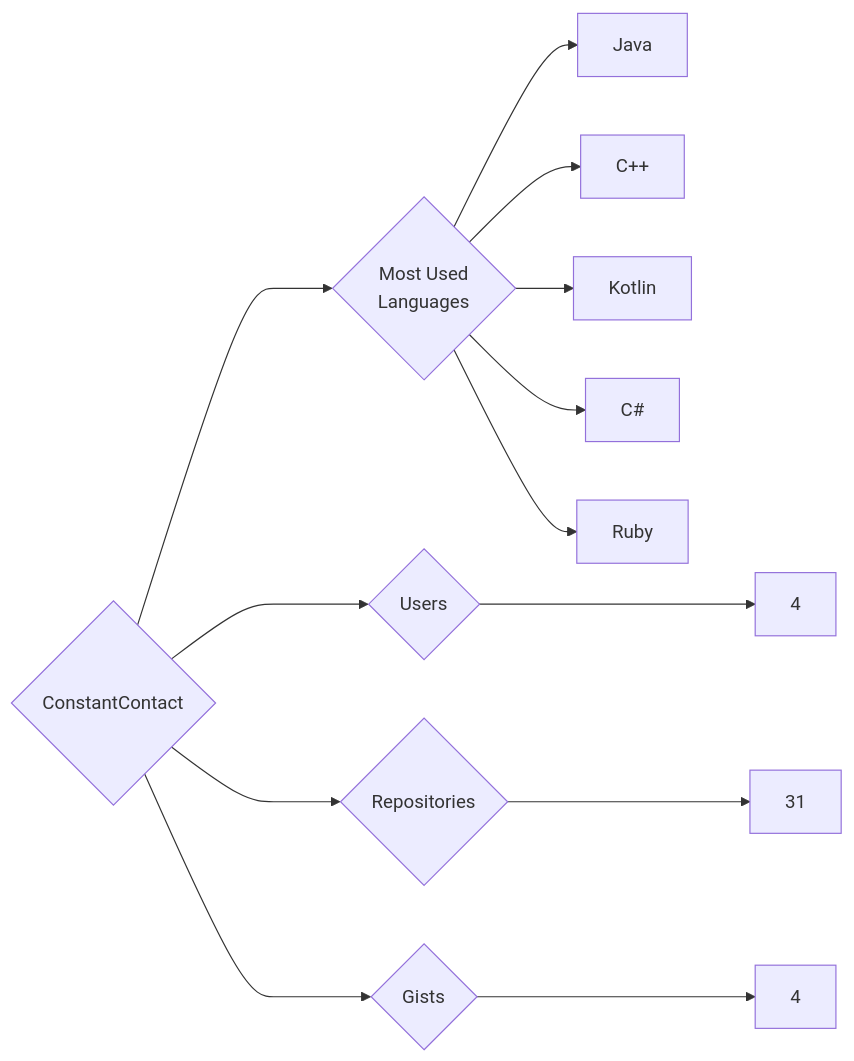
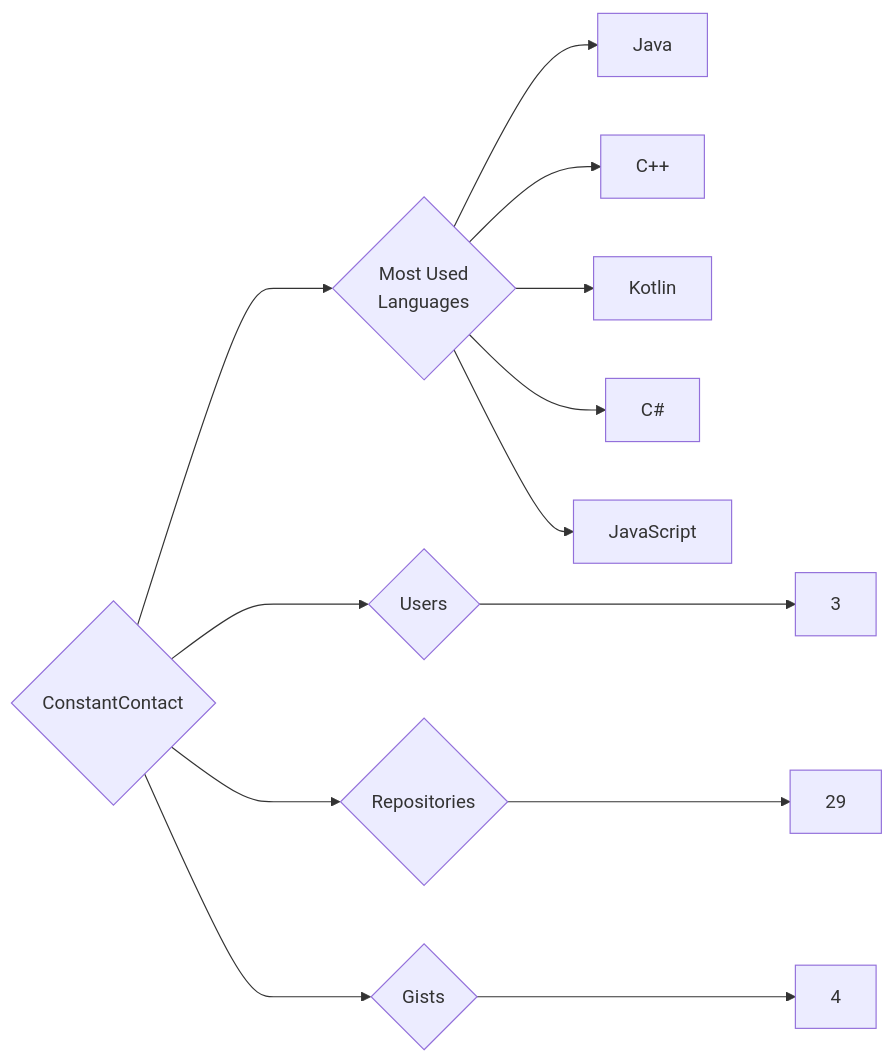
One commit to trickest/insiders changed the diagram in targets/ConstantContact/README.md. Above: the diagram before and after it, drawn with Mermaid. The commit also changed 988 other files, not shown here.

````diff
--- a/targets/ConstantContact/README.md
+++ b/targets/ConstantContact/README.md
@@ -3,13 +3,13 @@
 ```mermaid
 graph LR
 COMPANY_NAME{ConstantContact}
-COMPANY_NAME ---> U{Users} ---> UN[4]
-COMPANY_NAME ---> R{Repositories} ---> RN[31]
+COMPANY_NAME ---> U{Users} ---> UN[3]
+COMPANY_NAME ---> R{Repositories} ---> RN[29]
 COMPANY_NAME ---> G{Gists} ---> GN[4]
 COMPANY_NAME ---> ML{Most Used<br>Languages}
 ML --> Java[Java]
 ML --> C++[C++]
 ML --> Kotlin[Kotlin]
 ML --> C#[C#]
-ML --> Ruby[Ruby]
+ML --> JavaScript[JavaScript]
 ```
````
